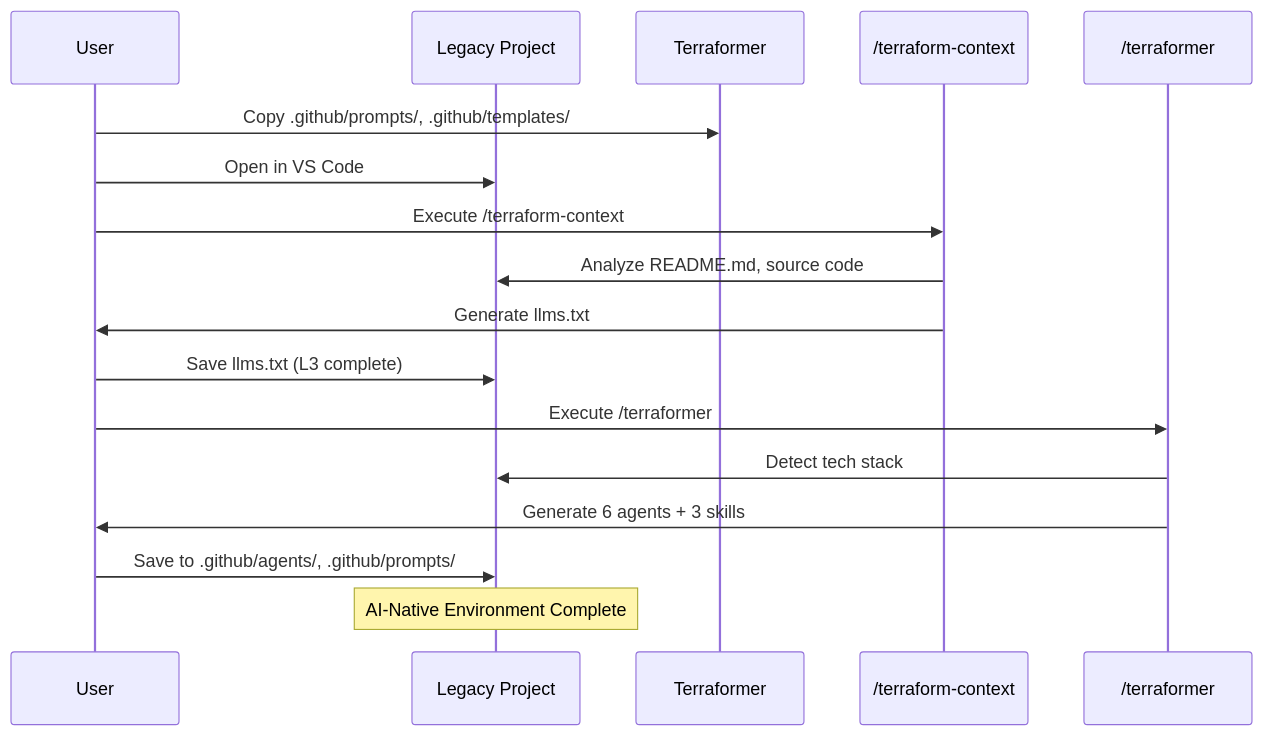
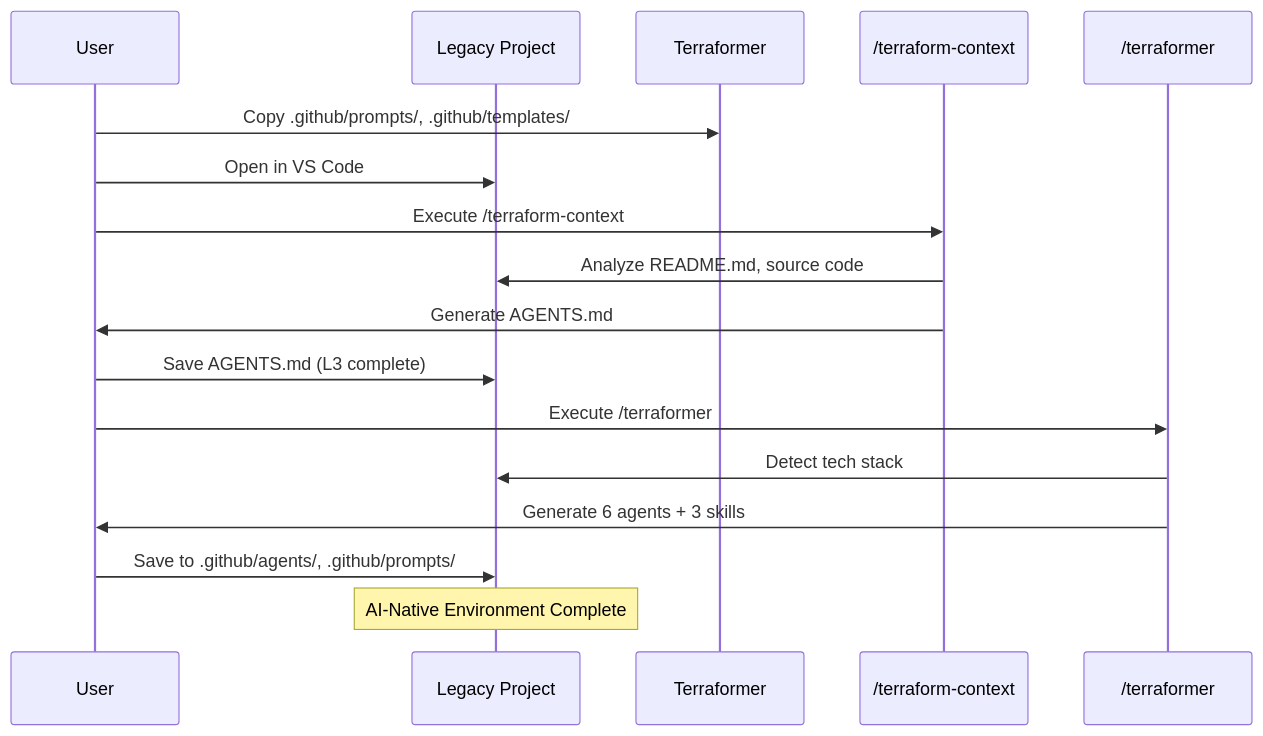
One commit to LongbowXXX/terraformer changed the second of 8 diagrams in agents-docs/key-flows.md. Above: the diagram before and after it, drawn with Mermaid. The commit also changed other lines of this file and 12 other files, not shown here.

Commit message:
Refactor context mapping from llms.txt to AGENTS.md for improved clarity and consistency across documentation

````diff
--- a/agents-docs/key-flows.md
+++ b/agents-docs/key-flows.md
@@ -43,22 +43,22 @@
 ```mermaid
 sequenceDiagram
     participant U as User
     participant LP as Legacy Project
     participant TF as Terraformer
     participant TC as /terraform-context
     participant TE as /terraformer
 
     U->>TF: Copy .github/prompts/, .github/templates/
     U->>LP: Open in VS Code
     U->>TC: Execute /terraform-context
     TC->>LP: Analyze README.md, source code
-    TC->>U: Generate llms.txt
-    U->>LP: Save llms.txt (L3 complete)
+    TC->>U: Generate AGENTS.md
+    U->>LP: Save AGENTS.md (L3 complete)
 
     U->>TE: Execute /terraformer
     TE->>LP: Detect tech stack
     TE->>U: Generate 6 agents + 3 skills
     U->>LP: Save to .github/agents/, .github/prompts/
 
     Note over LP: AI-Native Environment Complete
 ```
````
